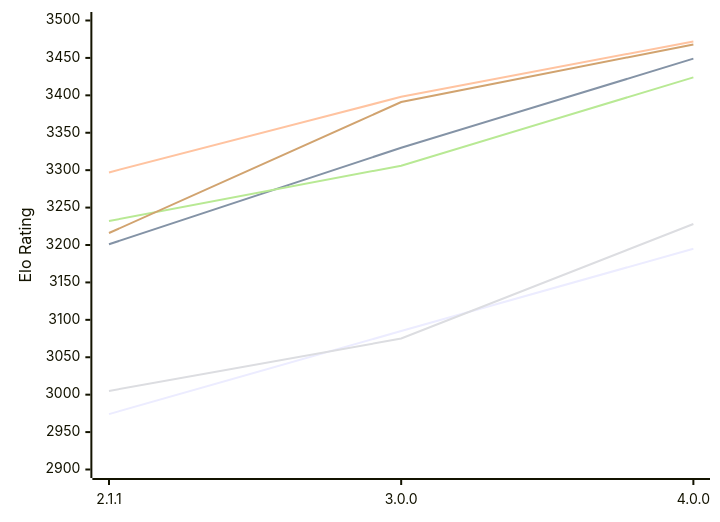
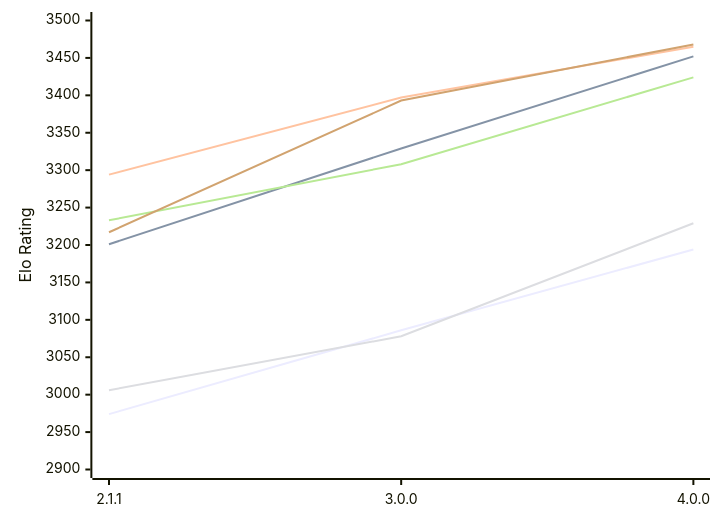
The first of 2 diagrams in engines/Bread.md (computer-chess-index/cci), drawn with Mermaid before and after one commit. The commit also changed other lines of this file, not shown here.

Commit message:
Update CCI Ratings (ELO VLTC) - 2026-11-27

````diff
--- a/engines/Bread.md
+++ b/engines/Bread.md
@@ -53,12 +53,12 @@
 ```mermaid
 %%{init: {"theme":"base","themeVariables":{"seriesColors:['#a3a3a3','#222221','#faa371']}}}%%
 xychart-beta
   x-axis ["2.1.1", "3.0.0", "4.0.0"]
   y-axis "Elo Rating" 2900 --> 3500
-  line "E1: STC (8.0+0.08s)" [2974, 3085, 3195]
-  line "E1: LTC (60.0+0.60s)" [3201, 3330, 3449]
-  line "E1: VLTC (2m24s+1.12s)" [3297, 3398, 3472]
-  line "P1: STC (8.0+0.08s)" [3005, 3075, 3228]
-  line "P1: LTC (60.0+0.60s)" [3232, 3306, 3424]
-  line "P1: VLTC (2m24s+1.12s)" [3216, 3391, 3468]
+  line "E1: STC (8.0+0.08s)" [2974, 3086, 3194]
+  line "E1: LTC (60.0+0.60s)" [3201, 3329, 3452]
+  line "E1: VLTC (2m24s+1.12s)" [3294, 3397, 3465]
+  line "P1: STC (8.0+0.08s)" [3006, 3078, 3229]
+  line "P1: LTC (60.0+0.60s)" [3233, 3308, 3424]
+  line "P1: VLTC (2m24s+1.12s)" [3217, 3393, 3468]
 ```
````
